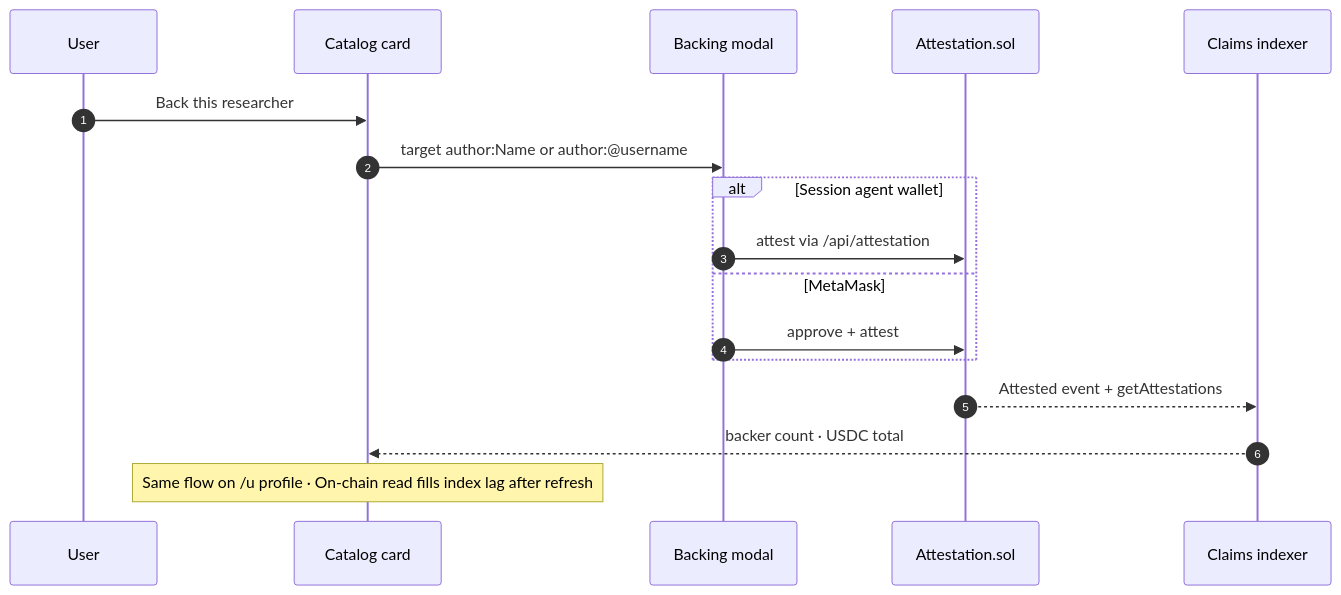
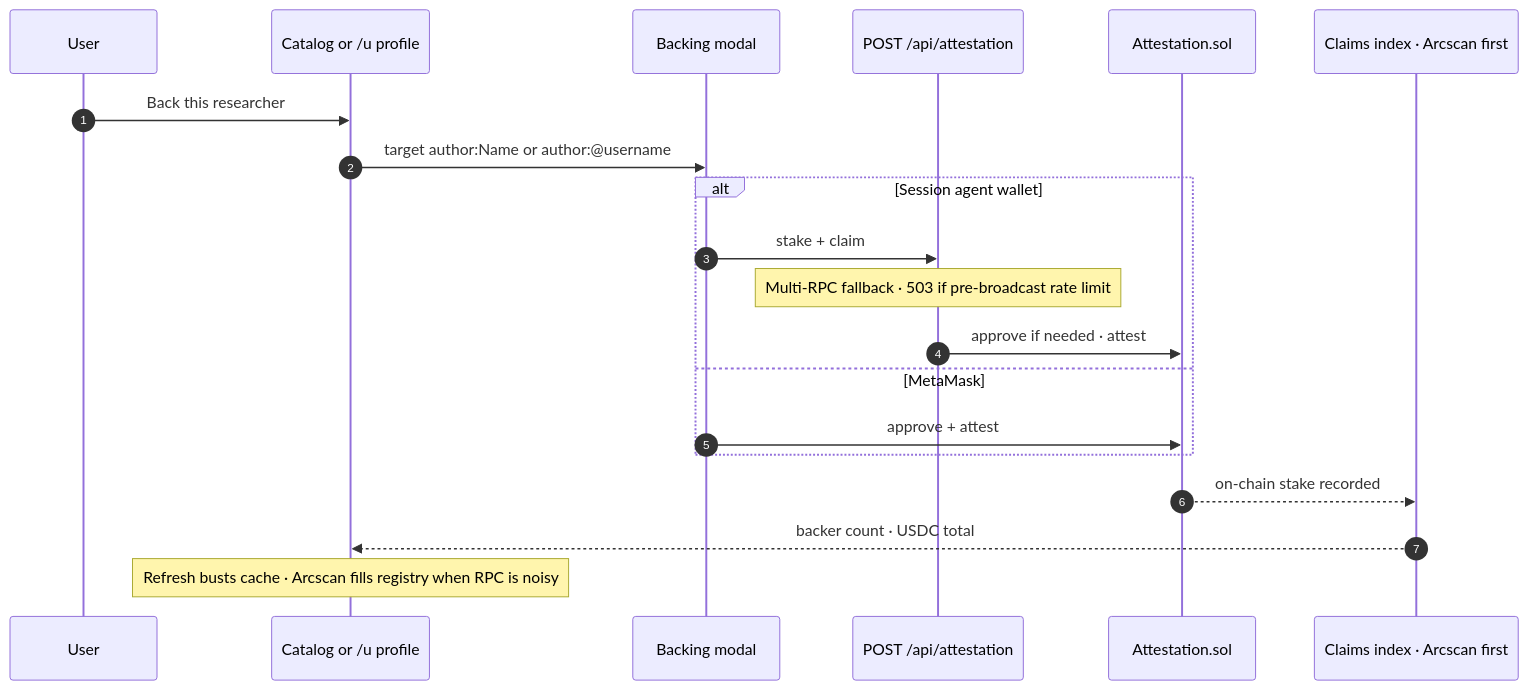
The ninth of 9 diagrams in README.md (rudazy/citation-agent), drawn with Mermaid before and after one commit. The commit also changed other lines of this file and 9 other files, not shown here.

````diff
--- a/README.md
+++ b/README.md
@@ -290,20 +321,23 @@
 ```mermaid
 sequenceDiagram
   autonumber
   participant User
-  participant Card as Catalog card
+  participant Card as Catalog or /u profile
   participant Modal as Backing modal
+  participant API as POST /api/attestation
   participant Chain as Attestation.sol
-  participant Index as Claims indexer
+  participant Index as Claims index · Arcscan first
 
   User->>Card: Back this researcher
   Card->>Modal: target author:Name or author:@username
   alt Session agent wallet
-    Modal->>Chain: attest via /api/attestation
+    Modal->>API: stake + claim
+    Note over API: Multi-RPC fallback · 503 if pre-broadcast rate limit
+    API->>Chain: approve if needed · attest
   else MetaMask
     Modal->>Chain: approve + attest
   end
-  Chain-->>Index: Attested event + getAttestations
+  Chain-->>Index: on-chain stake recorded
   Index-->>Card: backer count · USDC total
-  Note over Card: Same flow on /u profile · On-chain read fills index lag after refresh
+  Note over Card: Refresh busts cache · Arcscan fills registry when RPC is noisy
 ```
````
